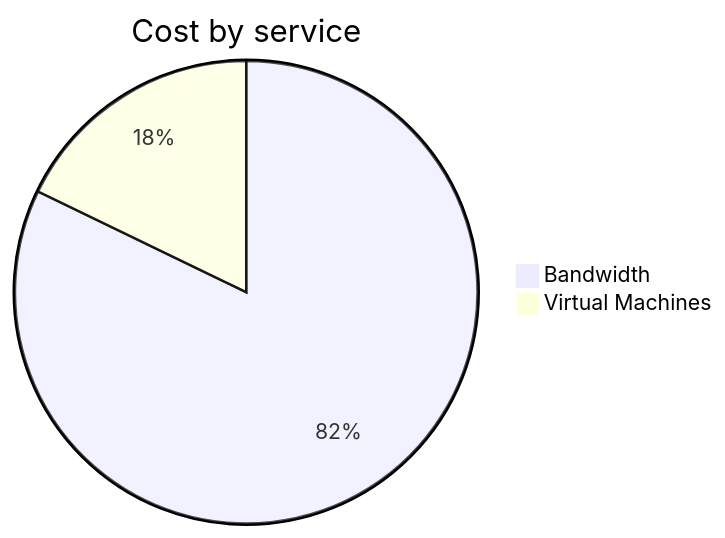
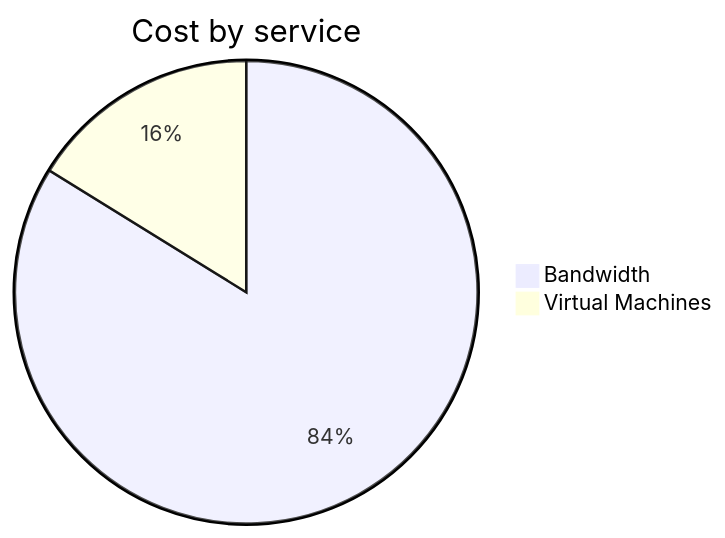
The second of 4 diagrams in cost-reports/personal-network/vpn-server.md (jpfulton/azure-personal-reports), drawn with Mermaid before and after one commit. The commit also changed other lines of this file and 8 other files, not shown here.

````diff
--- a/cost-reports/personal-network/vpn-server.md
+++ b/cost-reports/personal-network/vpn-server.md
@@ -92,6 +92,6 @@
 ```mermaid
 pie
    title Cost by service
-   "Bandwidth" : 5.90
-   "Virtual Machines" : 1.28
+   "Bandwidth" : 7.51
+   "Virtual Machines" : 1.45
 ```
````
